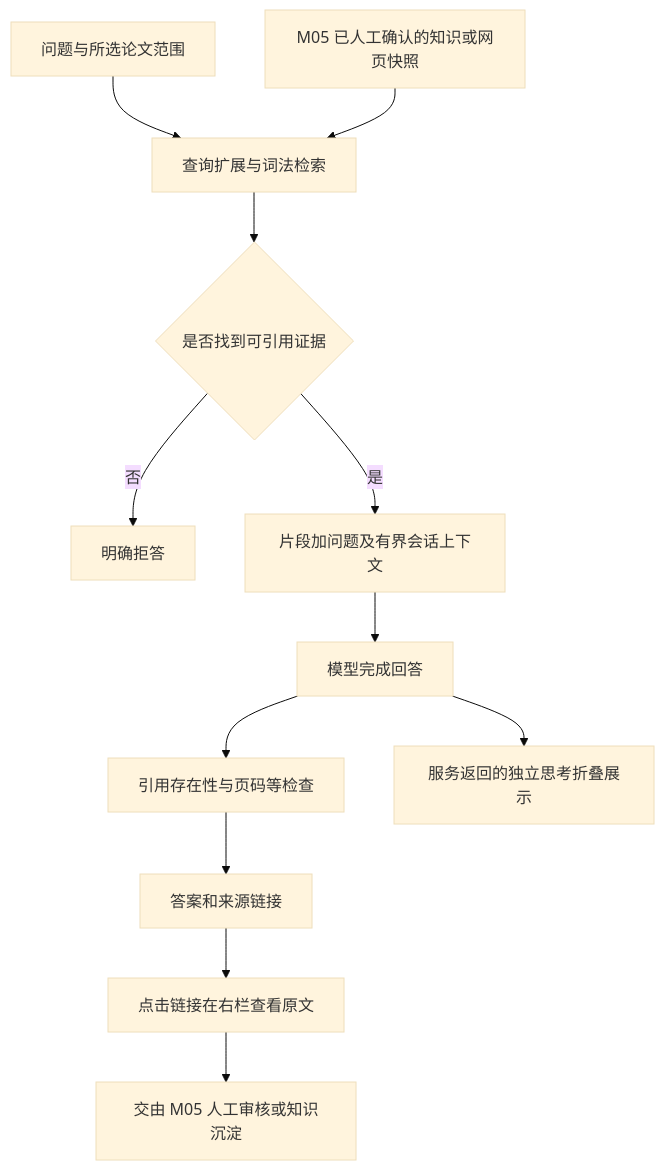
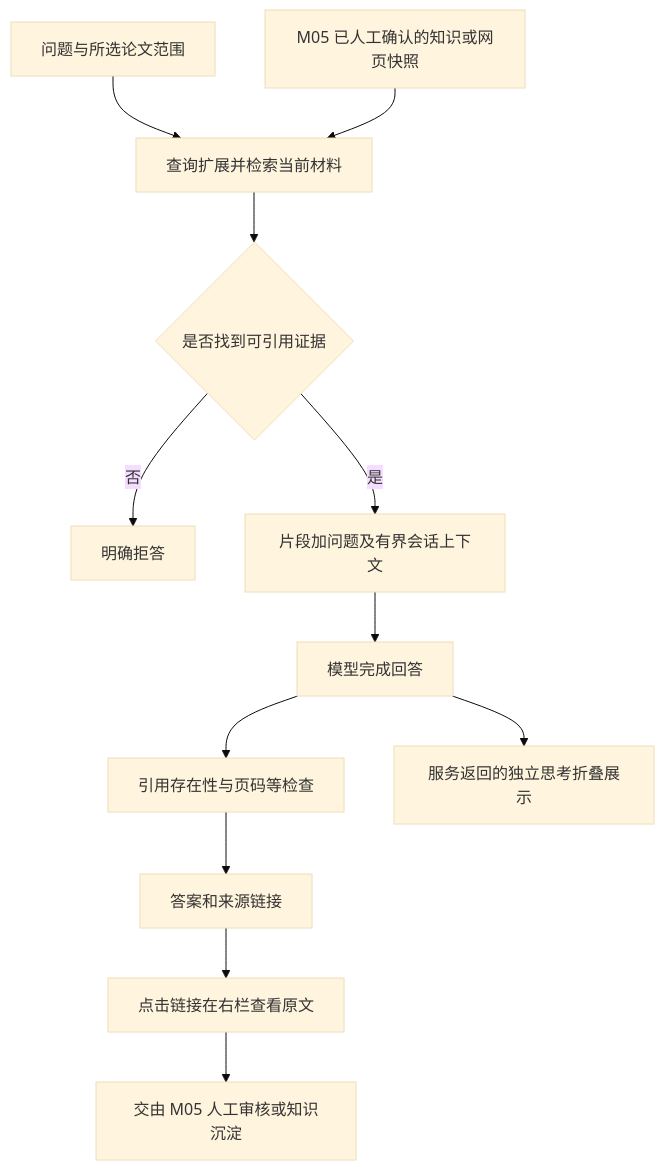
One commit to kingjone0/litprism changed the first of 2 diagrams in docs/modules/04-检索问答与研究.md. Above: the diagram before and after it, drawn with Mermaid (base theme). The commit also changed other lines of this file and 48 other files, not shown here.

````diff
--- a/docs/modules/04-检索问答与研究.md
+++ b/docs/modules/04-检索问答与研究.md
@@ -7,14 +7,14 @@
 ```mermaid
 flowchart TD
-    Q[问题与所选论文范围] --> S[查询扩展与词法检索]
+    Q[问题与所选论文范围] --> S[查询扩展并检索当前材料]
     K[M05 已人工确认的知识或网页快照] --> S
     S --> E{是否找到可引用证据}
     E -->|否| R[明确拒答]
     E -->|是| C[片段加问题及有界会话上下文]
     C --> M[模型完成回答]
     M --> V[引用存在性与页码等检查]
     V --> A[答案和来源链接]
     M --> T[服务返回的独立思考折叠展示]
     A --> L[点击链接在右栏查看原文]
     L --> H[交由 M05 人工审核或知识沉淀]
 ```
````
